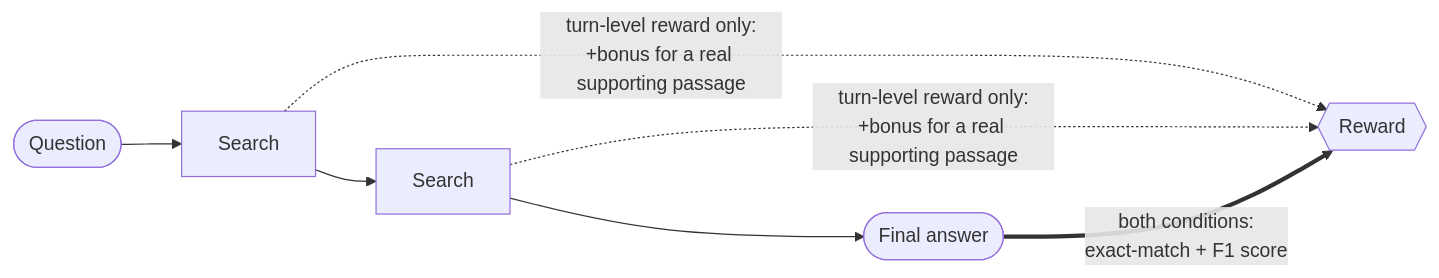
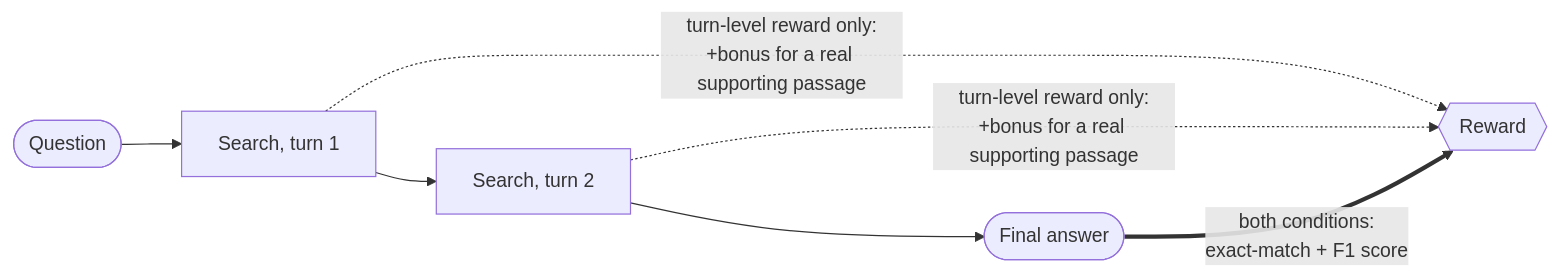
Before and after one commit to redswimmer/grpo-turn-level-rewards: the diagram in README.md, drawn with Mermaid. The commit also changed other lines of this file, not shown here.

First line of the commit message:
README: define the diagram's steps, drop unexplained "episode" jargon

````diff
--- a/README.md
+++ b/README.md
@@ -15,7 +16,7 @@
 ```mermaid
 flowchart LR
-    Q(["Question"]) --> S1["Search"] --> S2["Search"] --> Ans(["Final answer"])
+    Q(["Question"]) --> S1["Search, turn 1"] --> S2["Search, turn 2"] --> Ans(["Final answer"])
     S1 -. "turn-level reward only:<br/>+bonus for a real supporting passage" .-> Score
     S2 -. "turn-level reward only:<br/>+bonus for a real supporting passage" .-> Score
     Ans == "both conditions:<br/>exact-match + F1 score" ==> Score{{"Reward"}}
 ```
````
